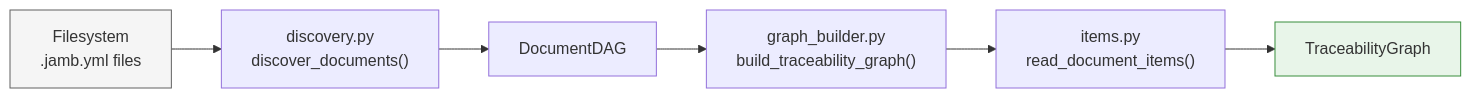
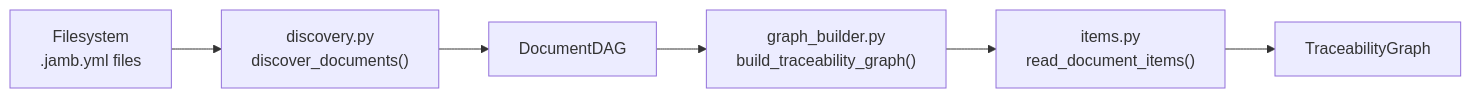
Before and after one commit to vanandrew/jamb: the third of 5 diagrams in docs/user-guide/design.md, drawn with Mermaid. The commit also changed other lines of this file and 27 other files, not shown here.

````diff
--- a/docs/user-guide/design.md
+++ b/docs/user-guide/design.md
@@ -86,11 +78,8 @@
 ```{mermaid}
 flowchart LR
     FS["Filesystem<br/>.jamb.yml files"] --> Disc["discovery.py<br/>discover_documents()"]
     Disc --> DAG["DocumentDAG"]
     DAG --> GB["graph_builder.py<br/>build_traceability_graph()"]
     GB --> Items["items.py<br/>read_document_items()"]
     Items --> TG["TraceabilityGraph"]
-
-    style FS fill:#f5f5f5,stroke:#616161
-    style TG fill:#e8f5e9,stroke:#388e3c
 ```
````
